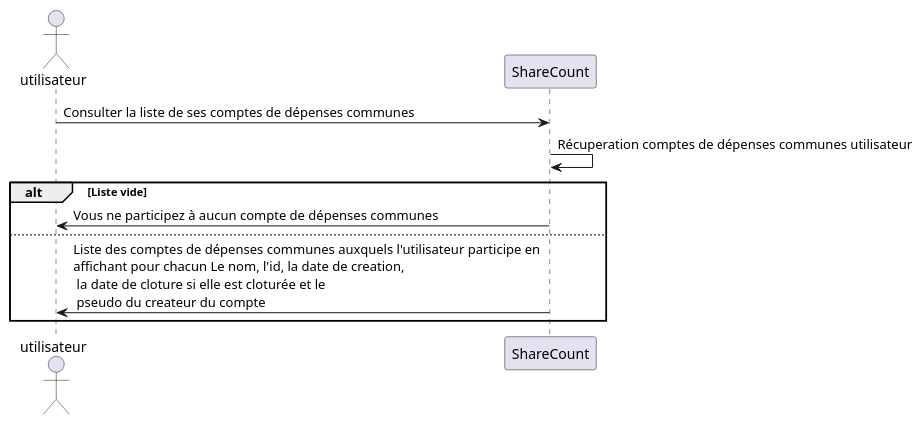
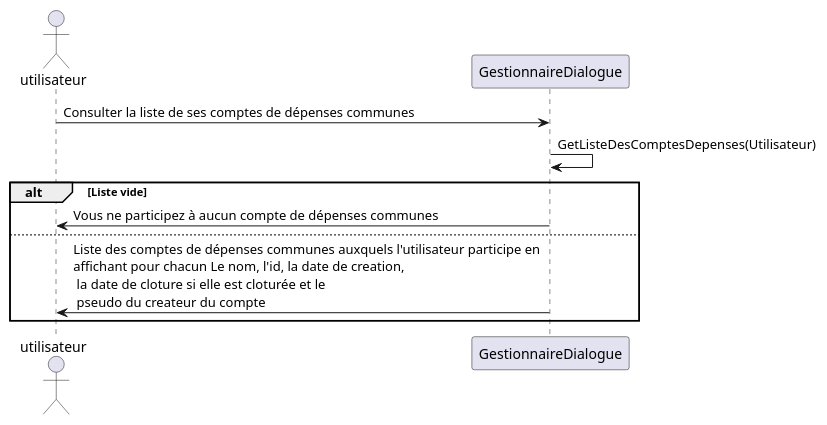
The diagram in diagrammes/conception/consulter-liste-compte-depenses.puml (lmtb06/sharecount), drawn with PlantUML before and after one commit. The commit also changed 2 other files, not shown here.

```diff
--- a/diagrammes/conception/consulter-liste-compte-depenses.puml
+++ b/diagrammes/conception/consulter-liste-compte-depenses.puml
@@ -1,16 +1,16 @@
 @startuml  Consulter la liste de ses comptes de dépenses communes
 
 actor utilisateur as user
-participant ShareCount as sc
+participant GestionnaireDialogue as gd
 
-user -> sc 	: Consulter la liste de ses comptes de dépenses communes
-sc -> sc 		: Récuperation comptes de dépenses communes utilisateur
+user -> gd 	: Consulter la liste de ses comptes de dépenses communes
+gd -> gd 	: GetListeDesComptesDepenses(Utilisateur)
 
 alt Liste vide
-sc -> user : Vous ne participez à aucun compte de dépenses communes
+gd -> user  : Vous ne participez à aucun compte de dépenses communes
 else
-sc -> user : Liste des comptes de dépenses communes auxquels l'utilisateur participe en \naffichant pour chacun Le nom, l'id, la date de creation,\n la date de cloture si elle est cloturée et le\n pseudo du createur du compte
+gd -> user  : Liste des comptes de dépenses communes auxquels l'utilisateur participe en \naffichant pour chacun Le nom, l'id, la date de creation,\n la date de cloture si elle est cloturée et le\n pseudo du createur du compte
 
 end
 
 @enduml
```
